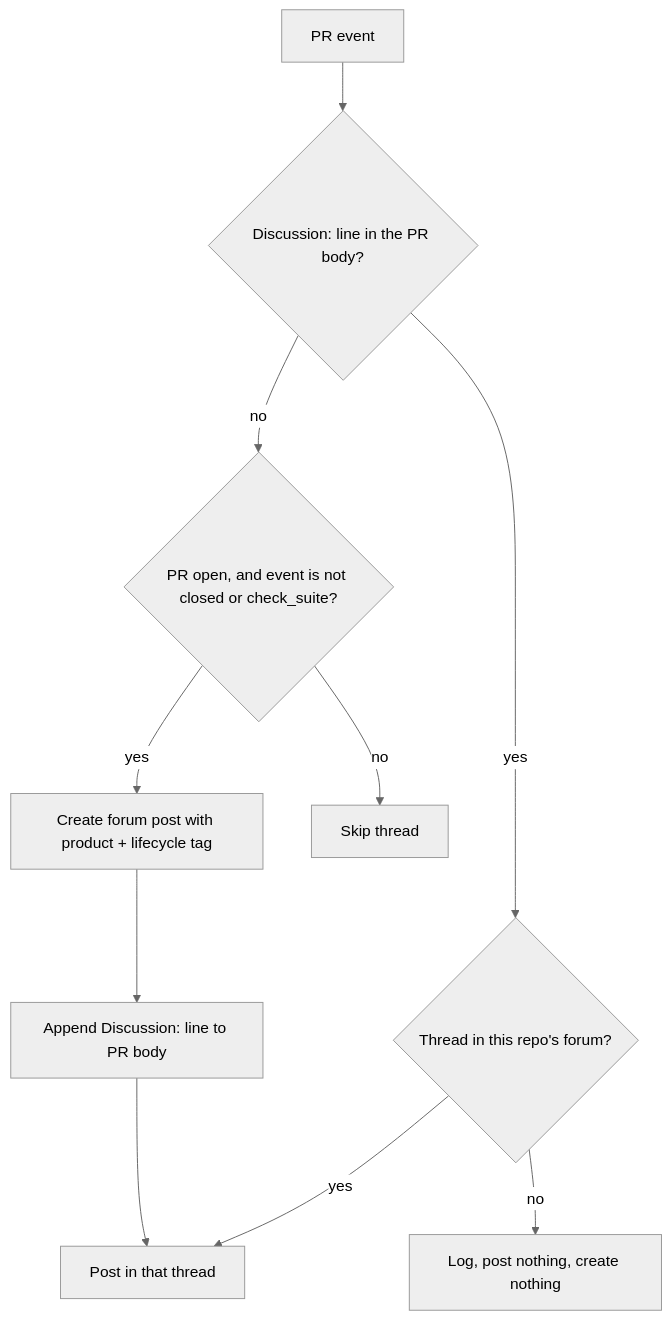
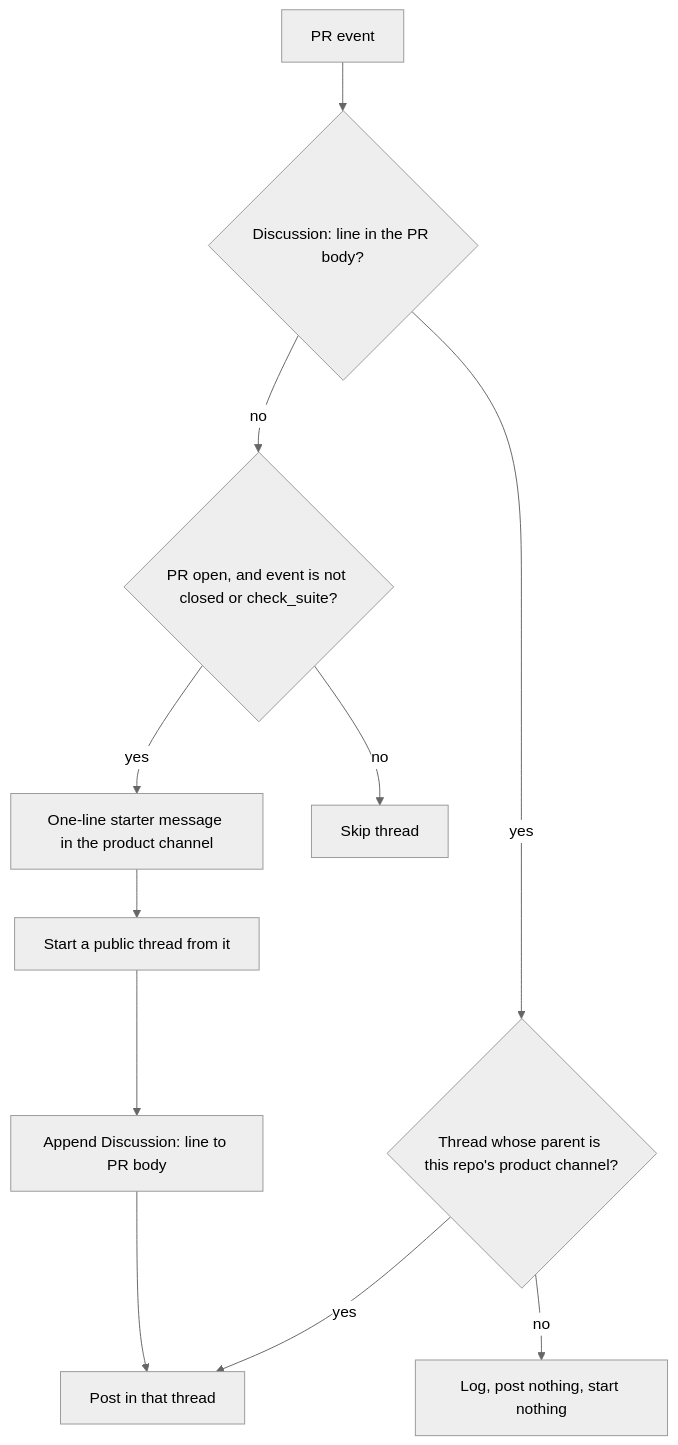
One commit to OpenDrone-hw/discord changed the second of 3 diagrams in bot/README.md. Above: the diagram before and after it, drawn with Mermaid (neutral theme). The commit also changed other lines of this file and 33 other files, not shown here.

First line of the commit message:
Consolidate to one text channel per product (#20)

````diff
--- a/bot/README.md
+++ b/bot/README.md
@@ -69,10 +69,10 @@
 ```mermaid
 flowchart TD
   E[PR event] --> L{"Discussion: line in the PR body?"}
-  L -->|yes| V{Thread in this repo's forum?}
+  L -->|yes| V{Thread whose parent is this repo's product channel?}
   V -->|yes| P[Post in that thread]
-  V -->|no| X[Log, post nothing, create nothing]
+  V -->|no| X[Log, post nothing, start nothing]
   L -->|no| C{PR open, and event is not closed or check_suite?}
-  C -->|yes| N[Create forum post with product + lifecycle tag] --> A[Append Discussion: line to PR body] --> P
+  C -->|yes| M[One-line starter message in the product channel] --> N[Start a public thread from it] --> A[Append Discussion: line to PR body] --> P
   C -->|no| S[Skip thread]
 ```
````
